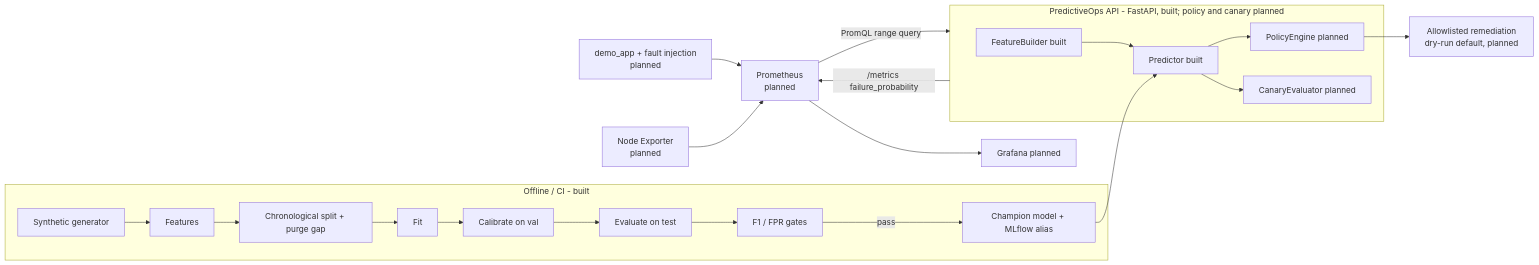
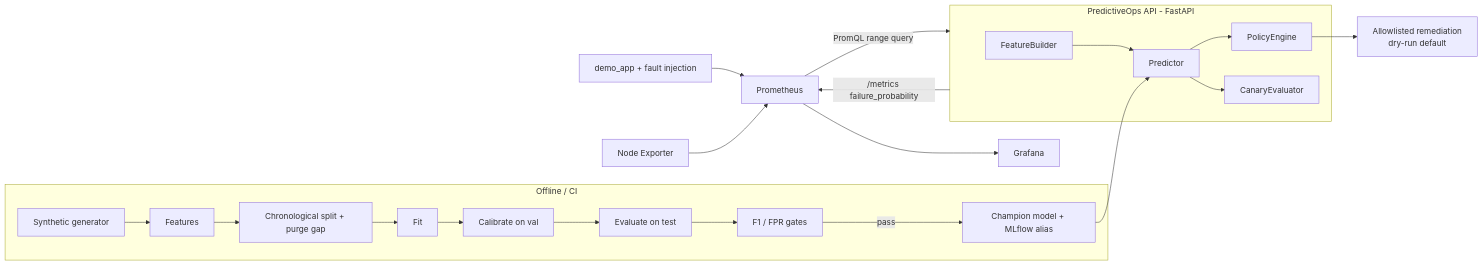
One commit to Ankush-Shukla/predictiveops changed the diagram in docs/architecture.md. Above: the diagram before and after it, drawn with Mermaid. The commit also changed other lines of this file and 61 other files, not shown here.

````diff
--- a/docs/architecture.md
+++ b/docs/architecture.md
@@ -7,20 +8,20 @@
 ```mermaid
 flowchart LR
-  APP[demo_app + fault injection<br/>planned] --> PROM[Prometheus<br/>planned]
-  NODE[Node Exporter<br/>planned] --> PROM
+  APP[demo_app + fault injection] --> PROM[Prometheus]
+  NODE[Node Exporter] --> PROM
   PROM -->|PromQL range query| API
-  subgraph API[PredictiveOps API - FastAPI, built; policy and canary planned]
-    FB[FeatureBuilder built] --> PRED[Predictor built]
-    PRED --> POL[PolicyEngine planned]
-    PRED --> CAN[CanaryEvaluator planned]
+  subgraph API[PredictiveOps API - FastAPI]
+    FB[FeatureBuilder] --> PRED[Predictor]
+    PRED --> POL[PolicyEngine]
+    PRED --> CAN[CanaryEvaluator]
   end
-  POL --> ACT[Allowlisted remediation<br/>dry-run default, planned]
+  POL --> ACT[Allowlisted remediation<br/>dry-run default]
   API -->|/metrics failure_probability| PROM
-  PROM --> GRAF[Grafana planned]
-  subgraph OFFLINE[Offline / CI - built]
+  PROM --> GRAF[Grafana]
+  subgraph OFFLINE[Offline / CI]
     SYN[Synthetic generator] --> FEAT[Features] --> SPLIT[Chronological split + purge gap]
     SPLIT --> FIT[Fit] --> CAL[Calibrate on val] --> EVAL[Evaluate on test] --> GATE[F1 / FPR gates]
     GATE -->|pass| CHAMP[Champion model + MLflow alias]
   end
   CHAMP --> PRED
 ```
````
